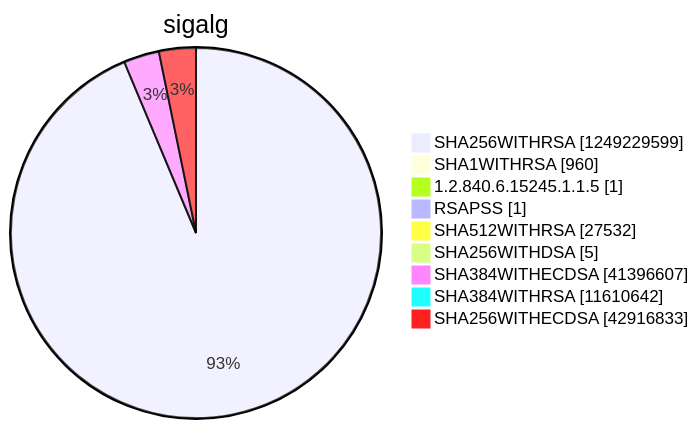
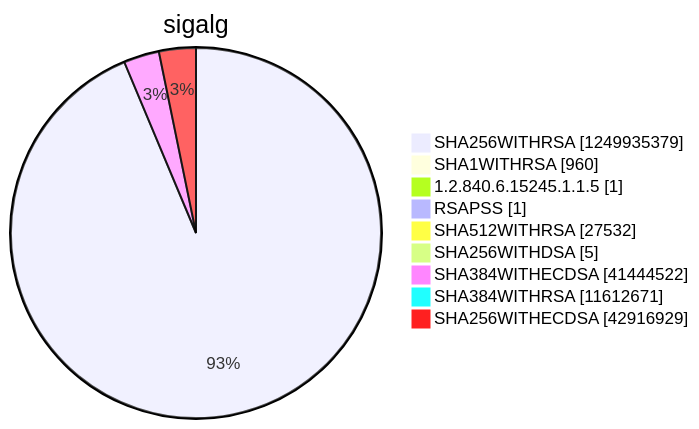
Before and after one commit to christiankrug/ctmonitor_visualization: diagram 15 of 15 in argon2022/README.md, drawn with Mermaid. The commit also changed other lines of this file, not shown here.

````diff
--- a/argon2022/README.md
+++ b/argon2022/README.md
@@ -5522,13 +5522,13 @@
 ```mermaid
 pie showData
 title sigalg
-"SHA256WITHRSA" :1249229599
+"SHA256WITHRSA" :1249935379
 "SHA1WITHRSA" :960
 "1.2.840.6.15245.1.1.5" :1
 "RSAPSS" :1
 "SHA512WITHRSA" :27532
 "SHA256WITHDSA" :5
-"SHA384WITHECDSA" :41396607
-"SHA384WITHRSA" :11610642
-"SHA256WITHECDSA" :42916833
+"SHA384WITHECDSA" :41444522
+"SHA384WITHRSA" :11612671
+"SHA256WITHECDSA" :42916929
 ```
````
